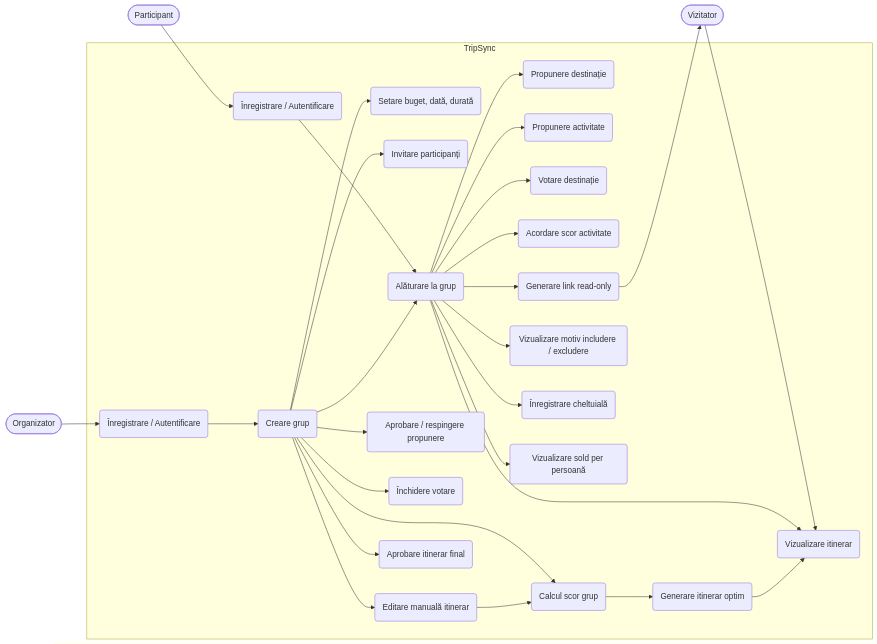
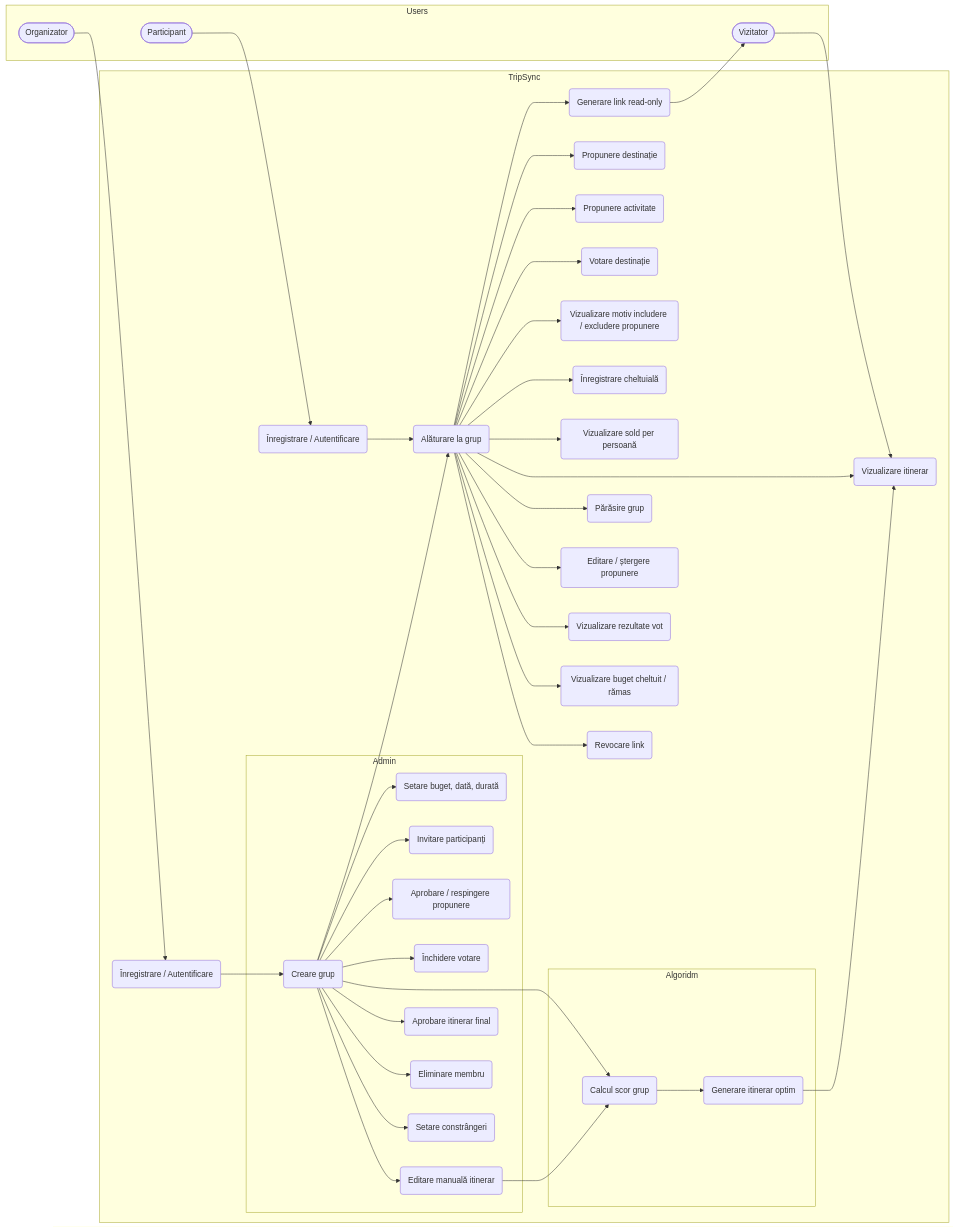
The diagram in doc/project_doc.md (vghidic/trip_sync), drawn with Mermaid before and after one commit. The commit also changed other lines of this file, not shown here.

````diff
--- a/doc/project_doc.md
+++ b/doc/project_doc.md
@@ -152,59 +157,58 @@
 ```mermaid
 flowchart LR
-    V(["Vizitator"])
-    P(["Participant"])
-    O(["Organizator"])
-
+    subgraph Users
+      V(["Vizitator"])
+      P(["Participant"])
+      O(["Organizator"])
+    end
 
     subgraph TripSync
         PUC1("Înregistrare / Autentificare")
         OUC1("Înregistrare / Autentificare")
-        UC2("Creare grup")
-        UC3("Setare buget, dată, durată")
-        UC4("Invitare participanți")
+
+        subgraph Admin
+          UC2("Creare grup")
+          UC3("Setare buget, dată, durată")
+          UC4("Invitare participanți")
+          UC8("Aprobare / respingere propunere")
+          UC11("Închidere votare")
+          UC15("Editare manuală itinerar")
+          UC16("Aprobare itinerar final")
+          UC22("Eliminare membru")
+          UC25("Setare constrângeri")
+        end
+
+        subgraph Algoridm
+          UC12("Generare itinerar optim")
+          UC13("Calcul scor grup")
+        end
+
         UC5("Alăturare la grup")
         UC6("Propunere destinație")
         UC7("Propunere activitate")
-        UC8("Aprobare / respingere propunere")
         UC9("Votare destinație")
-        UC10("Acordare scor activitate")
-        UC11("Închidere votare")
-        UC12("Generare itinerar optim")
-        UC13("Calcul scor grup")
-        UC14("Vizualizare motiv includere / excludere")
-        UC15("Editare manuală itinerar")
-        UC16("Aprobare itinerar final")
+        UC14("Vizualizare motiv includere / excludere propunere")
         UC17("Vizualizare itinerar")
         UC18("Înregistrare cheltuială")
         UC19("Vizualizare sold per persoană")
         UC20("Generare link read-only")
+        UC21("Părăsire grup")
+        UC23("Editare / ștergere propunere")
+        UC24("Vizualizare rezultate vot")
+        UC26("Vizualizare buget cheltuit / rămas")
+        UC27("Revocare link")
     end
 
     V --> UC17
     P --> PUC1
     O --> OUC1
     OUC1 --> UC2
     PUC1 --> UC5
-    UC2 --> UC3
-    UC2 --> UC5
-    UC2 --> UC4
-    UC2 --> UC8
-    UC2 --> UC11
-    UC2 --> UC13
-    UC2 --> UC15
-    UC2 --> UC16
-    UC5 --> UC6
-    UC5 --> UC7
-    UC5 --> UC9
-    UC5 --> UC10
-    UC5 --> UC14
-    UC5 --> UC17
-    UC5 --> UC18
-    UC5 --> UC19
-    UC5 --> UC20
+    UC2 --> UC3 & UC5 & UC4 & UC8 & UC11 & UC13 & UC15 & UC16 & UC22 & UC25
+    UC5 --> UC6 & UC7 & UC9 & UC14 & UC17 & UC18 & UC19 & UC20 & UC21 & UC23 & UC24 & UC26 & UC27
     UC12 --> UC17
     UC13 --> UC12
     UC15 --> UC13
     UC20 --> V
 
 ```
````
